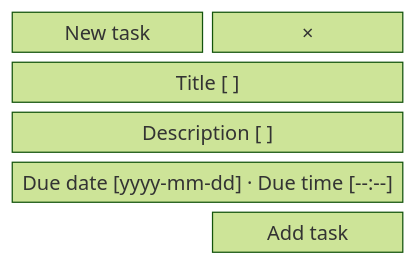
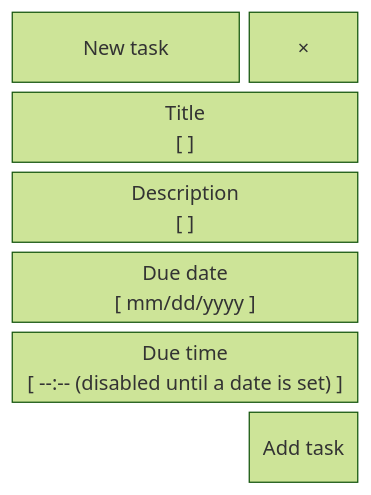
One commit to charlesmalo/FociToDo changed the eighth of 15 diagrams in docs/ui.md. Above: the diagram before and after it, drawn with Mermaid (forest theme). The commit also changed other lines of this file and 25 other files, not shown here.

First line of the commit message:
docs(diagrams): match the wireframes and diagrams to the current UI and API

````diff
--- a/docs/ui.md
+++ b/docs/ui.md
@@ -126,9 +148,10 @@
 ```mermaid
 block-beta
-  columns 2
-  heading["New task"] close["×"]
-  titlefield["Title [ ]"]:2
-  description["Description [ ]"]:2
-  due["Due date [yyyy-mm-dd] · Due time [--:--]"]:2
-  space add["Add task"]
+  columns 3
+  heading["New task"]:2 close["×"]
+  titlefield["Title<br/>[  ]"]:3
+  description["Description<br/>[  ]"]:3
+  duedate["Due date<br/>[ mm/dd/yyyy ]"]:3
+  duetime["Due time<br/>[ --:-- (disabled until a date is set) ]"]:3
+  space:2 add["Add task"]
 ```
````
